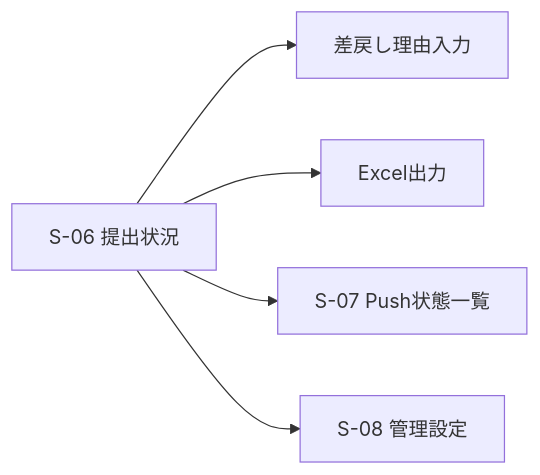
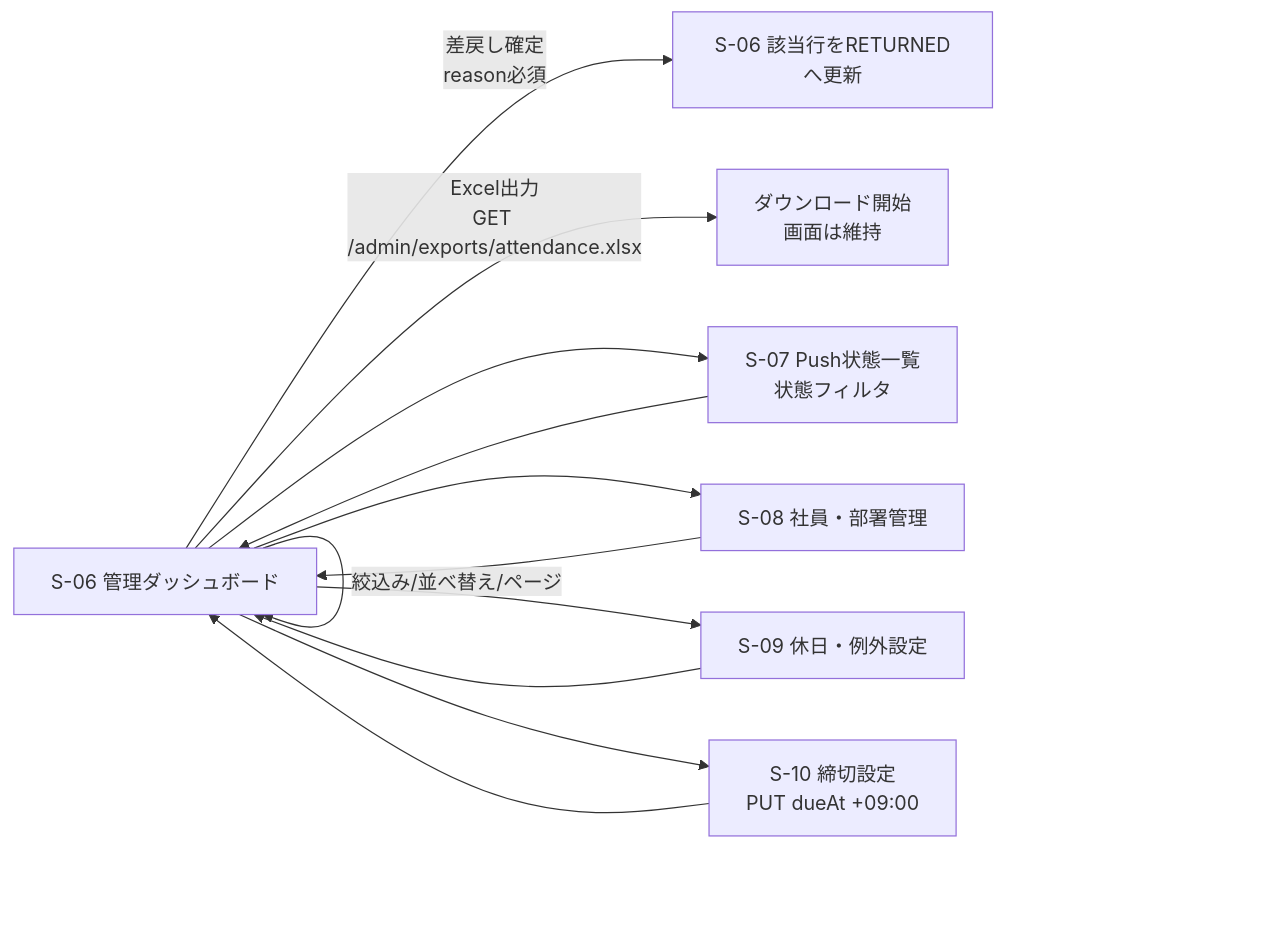
Before and after one commit to hrk-bb/Clokka: the third of 3 diagrams in docs/06_screen-design.md, drawn with Mermaid. The commit also changed other lines of this file and 14 other files, not shown here.

````diff
--- a/docs/06_screen-design.md
+++ b/docs/06_screen-design.md
@@ -59,7 +106,14 @@
 ```mermaid
 flowchart LR
-  A["S-06 提出状況"] --> R["差戻し理由入力"]
-  A --> E["Excel出力"]
-  A --> P["S-07 Push状態一覧"]
-  A --> M["S-08 管理設定"]
+  S06["S-06 管理ダッシュボード"] -->|絞込み/並べ替え/ページ| S06
+  S06 -->|差戻し確定<br/>reason必須| S06Returned["S-06 該当行をRETURNEDへ更新"]
+  S06 -->|Excel出力<br/>GET /admin/exports/attendance.xlsx| S06Excel["ダウンロード開始<br/>画面は維持"]
+  S06 --> S07["S-07 Push状態一覧<br/>状態フィルタ"]
+  S06 --> S08["S-08 社員・部署管理"]
+  S06 --> S09["S-09 休日・例外設定"]
+  S06 --> S10["S-10 締切設定<br/>PUT dueAt +09:00"]
+  S07 --> S06
+  S08 --> S06
+  S09 --> S06
+  S10 --> S06
 ```
````
